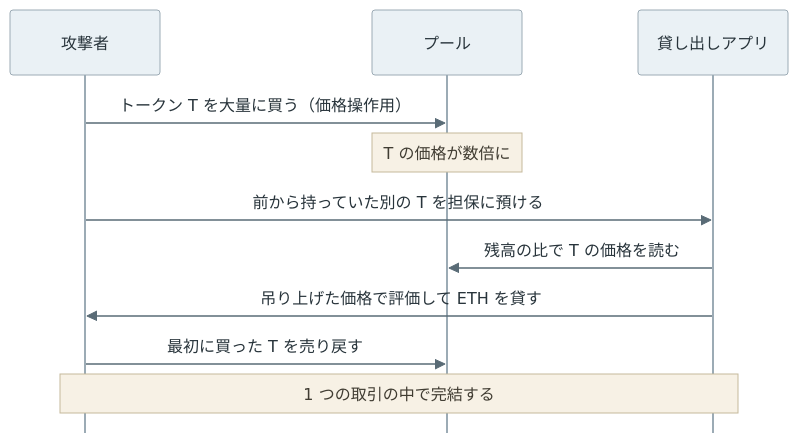
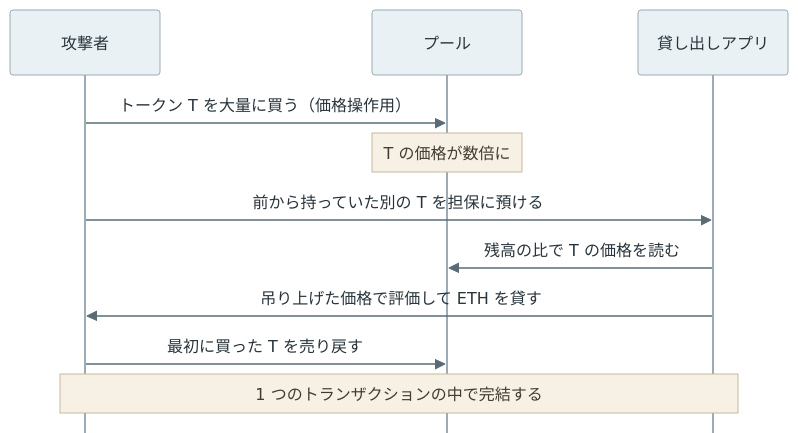
Before and after one commit to nao1215/debimate: the second of 3 diagrams in content/notes/blockchain-systems/amm/index.md, drawn with Mermaid. The commit also changed other lines of this file and 11 other files, not shown here.

````diff
--- a/content/notes/blockchain-systems/amm/index.md
+++ b/content/notes/blockchain-systems/amm/index.md
@@ -264,14 +264,14 @@
 ```mermaid
 %%{init: {"theme":"base","sequence":{"mirrorActors":false},"themeVariables":{"primaryColor":"#eaf1f5","primaryTextColor":"#28343b","primaryBorderColor":"#9cabb5","lineColor":"#596b76","textColor":"#28343b","actorBkg":"#eaf1f5","actorBorder":"#9cabb5","actorTextColor":"#28343b","actorLineColor":"#9cabb5","signalColor":"#596b76","signalTextColor":"#28343b","noteBkgColor":"#f7f1e5","noteBorderColor":"#c5b99b","noteTextColor":"#403c32"}}}%%
 sequenceDiagram
     participant A as 攻撃者
     participant P as プール
     participant L as 貸し出しアプリ
     A->>P: トークン T を大量に買う（価格操作用）
     Note over P: T の価格が数倍に
     A->>L: 前から持っていた別の T を担保に預ける
     L->>P: 残高の比で T の価格を読む
     L->>A: 吊り上げた価格で評価して ETH を貸す
     A->>P: 最初に買った T を売り戻す
-    Note over A,L: 1 つの取引の中で完結する
+    Note over A,L: 1 つのトランザクションの中で完結する
 ```
````
